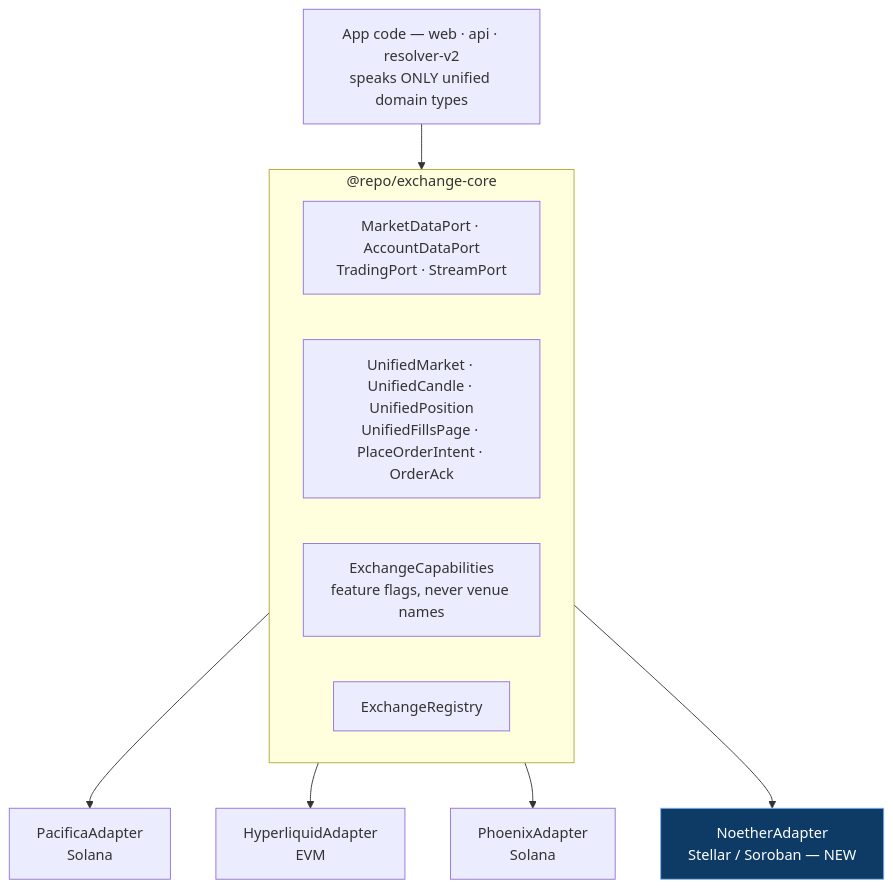
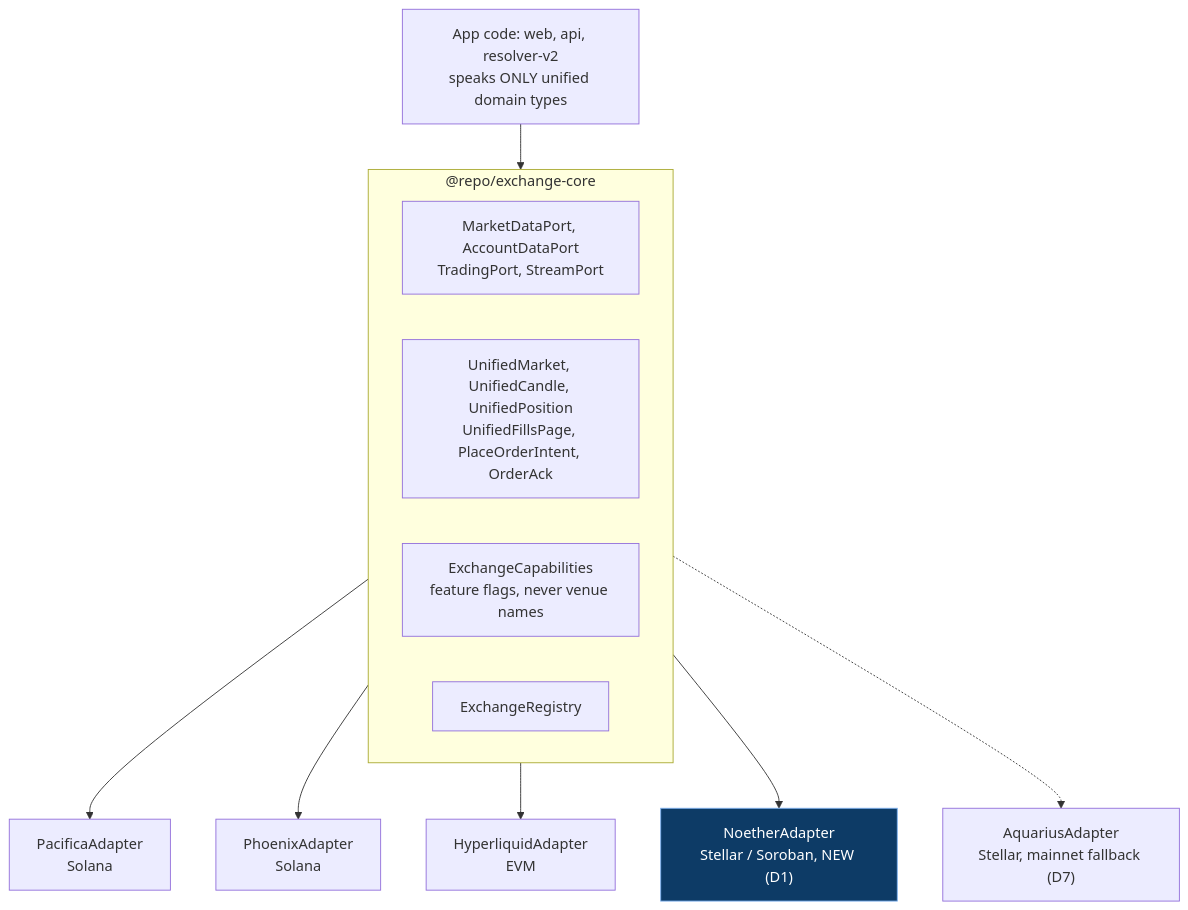
Before and after one commit to tradefighters/stellar-integration: the first of 7 diagrams in docs/ARCHITECTURE.md, drawn with Mermaid. The commit also changed other lines of this file and 6 other files, not shown here.

````diff
--- a/docs/ARCHITECTURE.md
+++ b/docs/ARCHITECTURE.md
@@ -29,25 +73,27 @@
 ```mermaid
 flowchart TB
-    APP["App code — web · api · resolver-v2<br/>speaks ONLY unified domain types"]
+    APP["App code: web, api, resolver-v2<br/>speaks ONLY unified domain types"]
 
     subgraph core["@repo/exchange-core"]
         direction LR
-        PORTS["MarketDataPort · AccountDataPort<br/>TradingPort · StreamPort"]
-        TYPES["UnifiedMarket · UnifiedCandle · UnifiedPosition<br/>UnifiedFillsPage · PlaceOrderIntent · OrderAck"]
+        PORTS["MarketDataPort, AccountDataPort<br/>TradingPort, StreamPort"]
+        TYPES["UnifiedMarket, UnifiedCandle, UnifiedPosition<br/>UnifiedFillsPage, PlaceOrderIntent, OrderAck"]
         CAPS["ExchangeCapabilities<br/>feature flags, never venue names"]
         REG["ExchangeRegistry"]
     end
 
     PAC["PacificaAdapter<br/>Solana"]
+    PHX["PhoenixAdapter<br/>Solana"]
     HL["HyperliquidAdapter<br/>EVM"]
-    PHX["PhoenixAdapter<br/>Solana"]
-    NOE["NoetherAdapter<br/>Stellar / Soroban — NEW"]
+    NOE["NoetherAdapter<br/>Stellar / Soroban, NEW (D1)"]
+    AQU["AquariusAdapter<br/>Stellar, mainnet fallback (D7)"]
 
     APP --> core
     core --> PAC
+    core --> PHX
     core --> HL
-    core --> PHX
     core --> NOE
+    core -.-> AQU
 
     style NOE fill:#0d3b66,color:#ffffff,stroke:#7fb2f0
 ```
````
